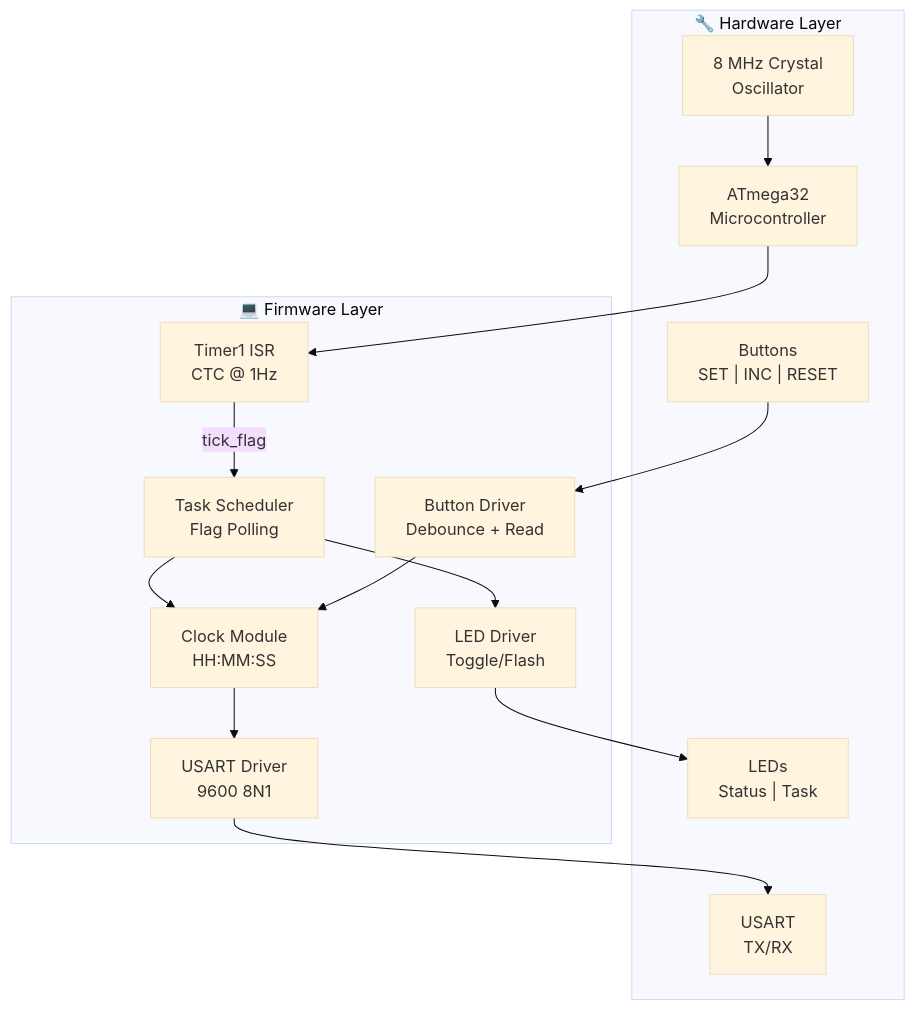
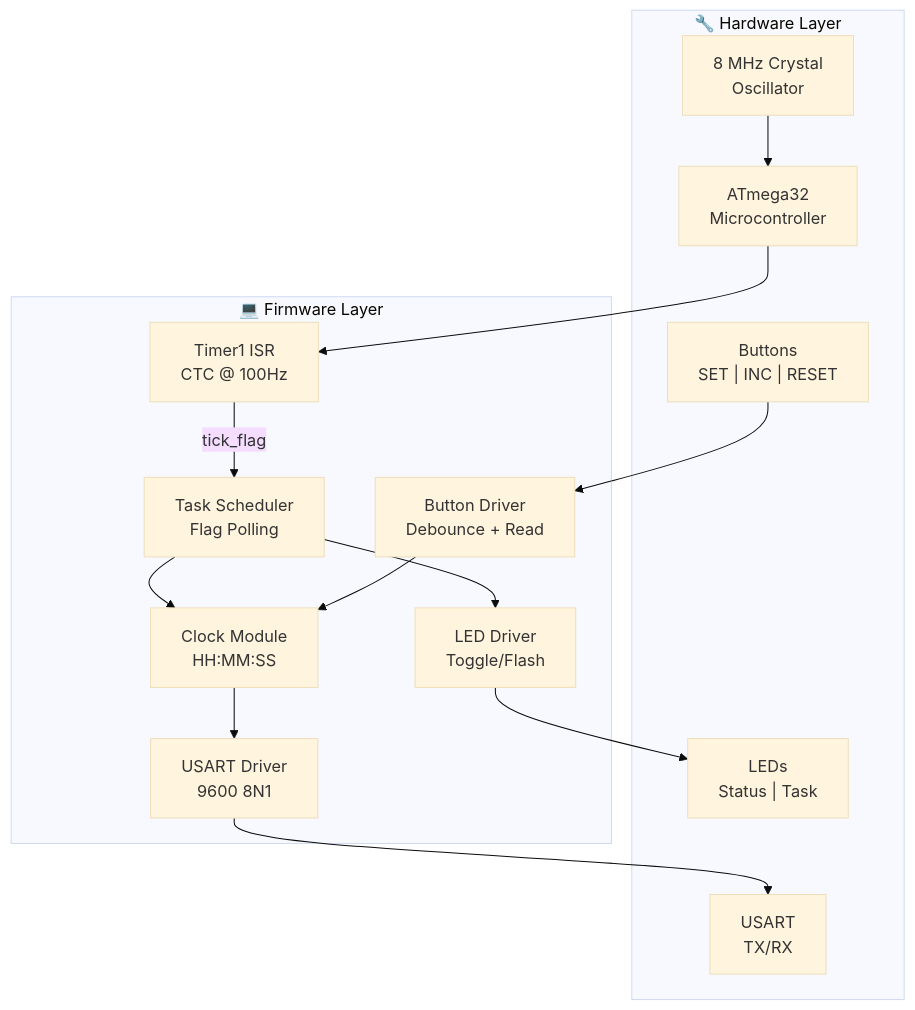
One commit to chikotaraufu-netizen/ATmega32_Timer_Digital_Clock_Scheduler- changed the diagram in README.md. Above: the diagram before and after it, drawn with Mermaid (base theme). The commit also changed other lines of this file and 7 other files, not shown here.

````diff
--- a/README.md
+++ b/README.md
@@ -63,30 +63,30 @@
 ```mermaid
 graph TB
     subgraph Hardware["🔧 Hardware Layer"]
         XTAL["8 MHz Crystal<br/>Oscillator"]
         MCU["ATmega32<br/>Microcontroller"]
         BTNS["Buttons<br/>SET | INC | RESET"]
         LEDS["LEDs<br/>Status | Task"]
         UART["USART<br/>TX/RX"]
     end
 
     subgraph Firmware["💻 Firmware Layer"]
-        TIMER["Timer1 ISR<br/>CTC @ 1Hz"]
+        TIMER["Timer1 ISR<br/>CTC @ 100Hz"]
         SCHED["Task Scheduler<br/>Flag Polling"]
         CLOCK["Clock Module<br/>HH:MM:SS"]
         BTNDRV["Button Driver<br/>Debounce + Read"]
         LEDDRV["LED Driver<br/>Toggle/Flash"]
         UARTDRV["USART Driver<br/>9600 8N1"]
     end
 
     XTAL --> MCU
     MCU --> TIMER
     TIMER -->|"tick_flag"| SCHED
     SCHED --> CLOCK
     SCHED --> LEDDRV
     BTNS --> BTNDRV
     BTNDRV --> CLOCK
     CLOCK --> UARTDRV
     UARTDRV --> UART
     LEDDRV --> LEDS
 ```
````
